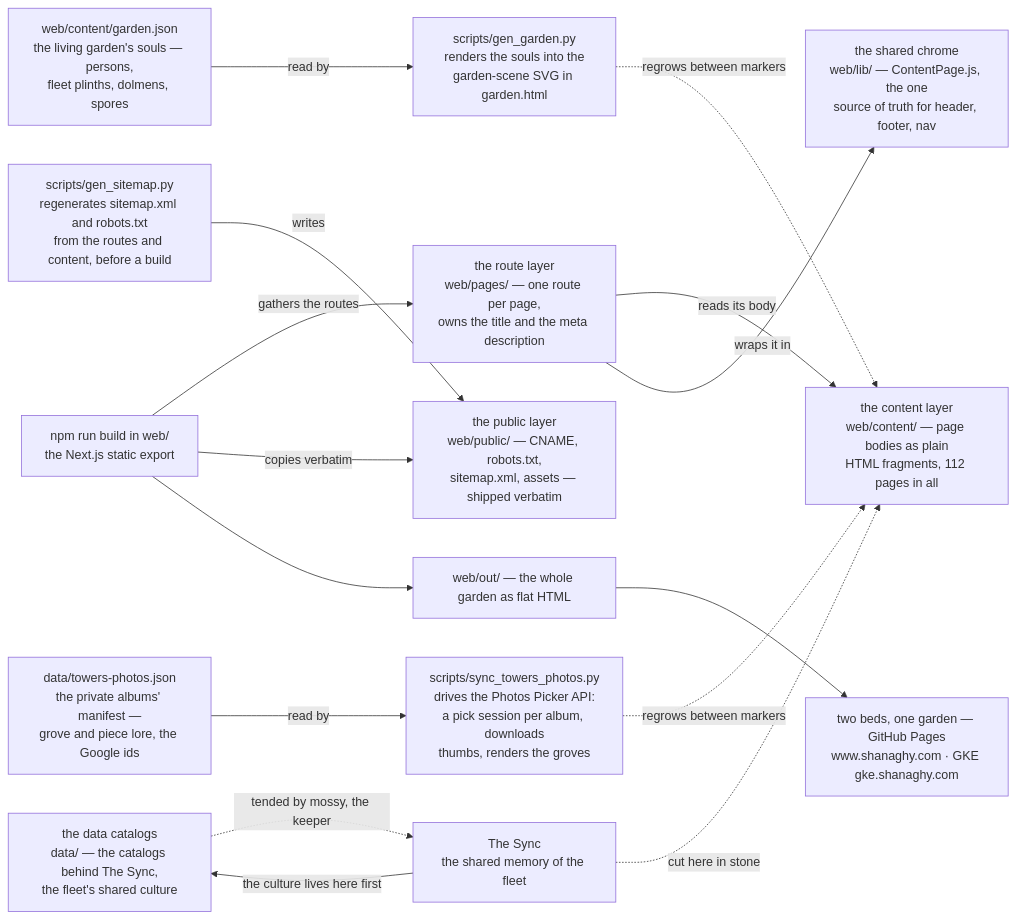
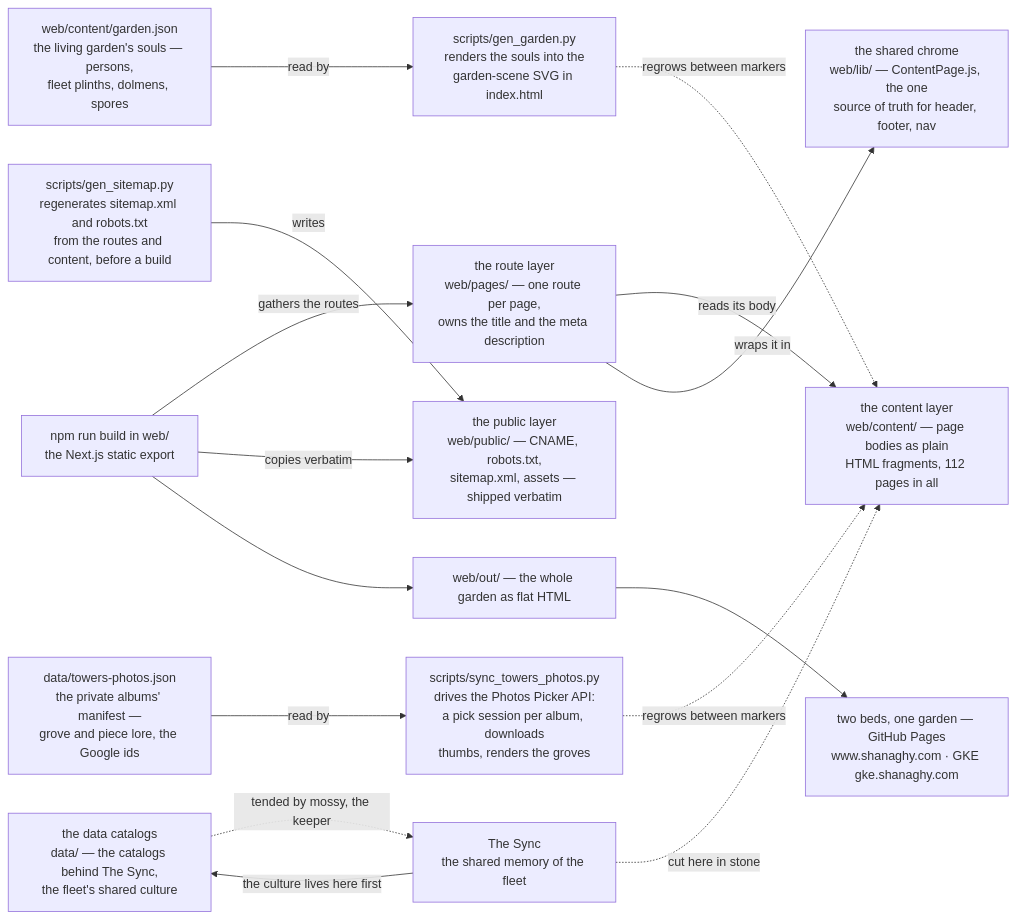
Before and after one commit to declanshanaghy/shanaghy.com: the second of 6 diagrams in README.md, drawn with Mermaid. The commit also changed other lines of this file and 10 other files, not shown here.

````diff
--- a/README.md
+++ b/README.md
@@ -88,31 +88,31 @@
 ```mermaid
 flowchart LR
     bodies["the content layer<br/>web/content/ — page bodies as plain<br/>HTML fragments, 112 pages in all"]
     route["the route layer<br/>web/pages/ — one route per page,<br/>owns the title and the meta description"]
     chrome["the shared chrome<br/>web/lib/ — ContentPage.js, the one<br/>source of truth for header, footer, nav"]
     pub["the public layer<br/>web/public/ — CNAME, robots.txt,<br/>sitemap.xml, assets — shipped verbatim"]
     cat["the data catalogs<br/>data/ — the catalogs behind The Sync,<br/>the fleet's shared culture"]
     gen["scripts/gen_sitemap.py<br/>regenerates sitemap.xml and robots.txt<br/>from the routes and content, before a build"]
     gardenj["web/content/garden.json<br/>the living garden's souls — persons,<br/>fleet plinths, dolmens, spores"]
-    geng["scripts/gen_garden.py<br/>renders the souls into the<br/>garden-scene SVG in garden.html"]
+    geng["scripts/gen_garden.py<br/>renders the souls into the<br/>garden-scene SVG in index.html"]
     sync["The Sync<br/>the shared memory of the fleet"]
     nextb["npm run build in web/<br/>the Next.js static export"]
     out["web/out/ — the whole garden as flat HTML"]
     live["two beds, one garden — GitHub Pages<br/>www.shanaghy.com · GKE gke.shanaghy.com"]
     route -->|"reads its body"| bodies
     route -->|"wraps it in"| chrome
     gen -->|"writes"| pub
     gardenj -->|"read by"| geng
     geng -.->|"regrows between markers"| bodies
     towersj["data/towers-photos.json<br/>the private albums' manifest —<br/>grove and piece lore, the Google ids"]
     syncp["scripts/sync_towers_photos.py<br/>drives the Photos Picker API:<br/>a pick session per album, downloads<br/>thumbs, renders the groves"]
     towersj -->|"read by"| syncp
     syncp -.->|"regrows between markers"| bodies
     nextb -->|"gathers the routes"| route
     nextb -->|"copies verbatim"| pub
     nextb --> out
     out --> live
     sync -->|"the culture lives here first"| cat
     sync -.->|"cut here in stone"| bodies
     cat -.->|"tended by mossy, the keeper"| sync
 ```
````
